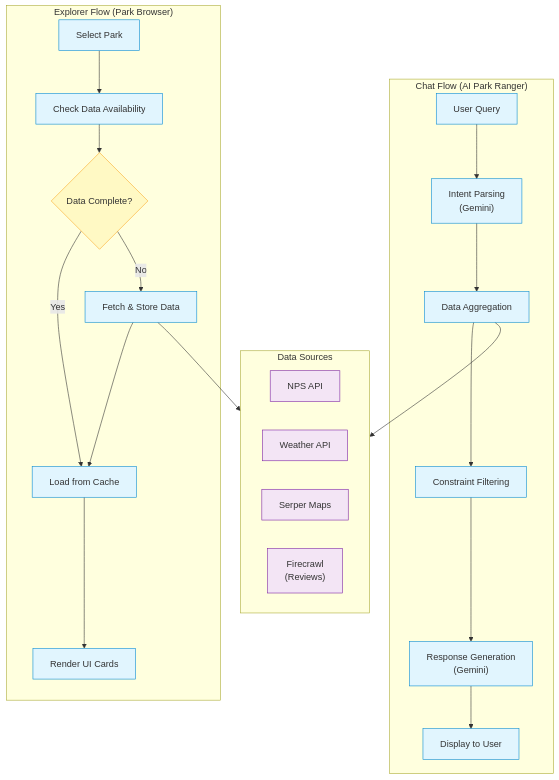
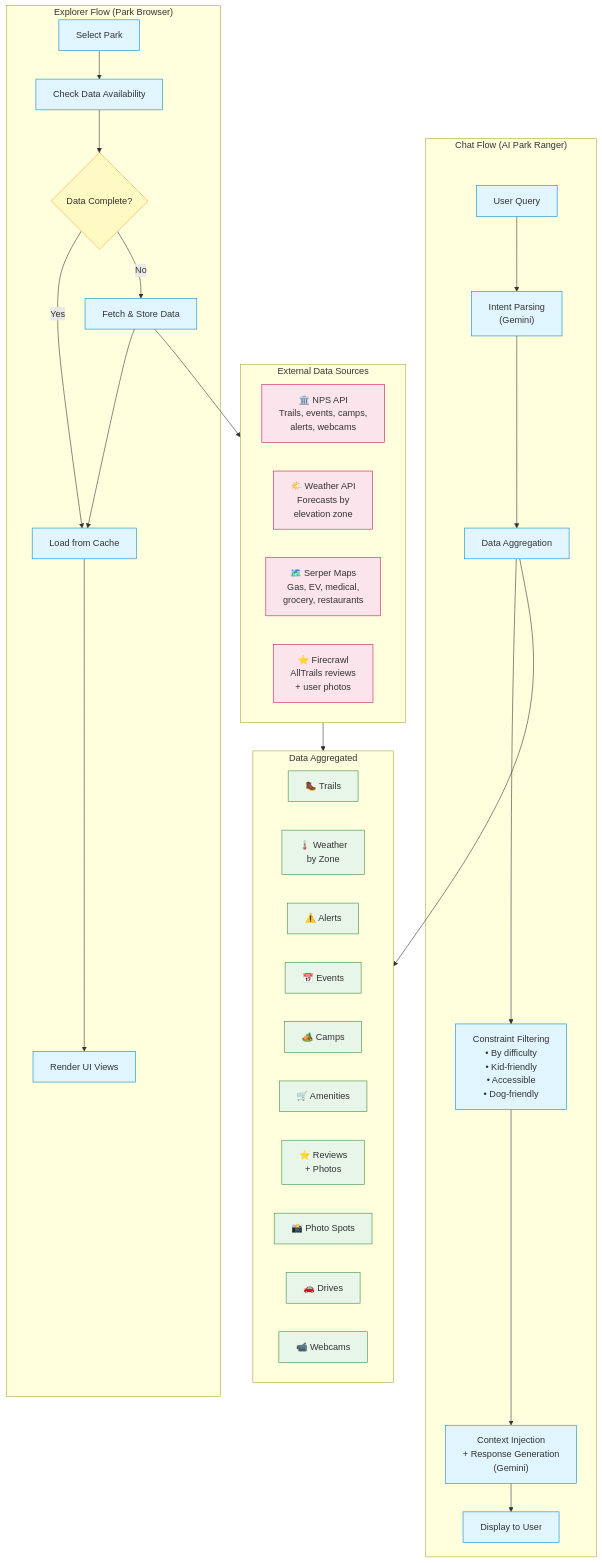
The sixth of 6 diagrams in notes/architecture_diagrams.md (mohitagr18/outdoor_concierge), drawn with Mermaid before and after one commit. The commit also changed other lines of this file, not shown here.

Commit message:
updared architecture

````diff
--- a/notes/architecture_diagrams.md
+++ b/notes/architecture_diagrams.md
@@ -329,37 +435,54 @@
 ```mermaid
 flowchart TB
     subgraph CHAT_FLOW["Chat Flow (AI Park Ranger)"]
         C1["User Query"] --> C2["Intent Parsing<br/>(Gemini)"]
         C2 --> C3["Data Aggregation"]
-        C3 --> C4["Constraint Filtering"]
-        C4 --> C5["Response Generation<br/>(Gemini)"]
+        C3 --> C4["Constraint Filtering<br/>• By difficulty<br/>• Kid-friendly<br/>• Accessible<br/>• Dog-friendly"]
+        C4 --> C5["Context Injection<br/>+ Response Generation<br/>(Gemini)"]
         C5 --> C6["Display to User"]
     end
     
     subgraph EXPLORER_FLOW["Explorer Flow (Park Browser)"]
         E1["Select Park"] --> E2["Check Data Availability"]
         E2 --> E3{"Data Complete?"}
         E3 -->|Yes| E4["Load from Cache"]
         E3 -->|No| E5["Fetch & Store Data"]
         E5 --> E4
-        E4 --> E6["Render UI Cards"]
+        E4 --> E6["Render UI Views"]
     end
     
-    subgraph DATA_SOURCES["Data Sources"]
-        DS1["NPS API"]
-        DS2["Weather API"]
-        DS3["Serper Maps"]
-        DS4["Firecrawl<br/>(Reviews)"]
+    subgraph DATA_AGG["Data Aggregated"]
+        direction LR
+        DA1["🥾 Trails"]
+        DA2["🌡️ Weather<br/>by Zone"]
+        DA3["⚠️ Alerts"]
+        DA4["📅 Events"]
+        DA5["🏕️ Camps"]
+        DA6["🛒 Amenities"]
+        DA7["⭐ Reviews<br/>+ Photos"]
+        DA8["📸 Photo Spots"]
+        DA9["🚗 Drives"]
+        DA10["📹 Webcams"]
     end
     
-    C3 --> DATA_SOURCES
+    subgraph DATA_SOURCES["External Data Sources"]
+        DS1["🏛️ NPS API<br/>Trails, events, camps,<br/>alerts, webcams"]
+        DS2["🌤️ Weather API<br/>Forecasts by<br/>elevation zone"]
+        DS3["🗺️ Serper Maps<br/>Gas, EV, medical,<br/>grocery, restaurants"]
+        DS4["⭐ Firecrawl<br/>AllTrails reviews<br/>+ user photos"]
+    end
+    
+    C3 --> DATA_AGG
     E5 --> DATA_SOURCES
+    DATA_SOURCES --> DATA_AGG
     
     classDef flowStep fill:#e1f5fe,stroke:#0288d1
     classDef decision fill:#fff9c4,stroke:#f9a825
-    classDef source fill:#f3e5f5,stroke:#7b1fa2
+    classDef source fill:#fce4ec,stroke:#c2185b
+    classDef dataAgg fill:#e8f5e9,stroke:#388e3c
     
     class C1,C2,C3,C4,C5,C6,E1,E2,E4,E5,E6 flowStep
     class E3 decision
     class DS1,DS2,DS3,DS4 source
+    class DA1,DA2,DA3,DA4,DA5,DA6,DA7,DA8,DA9,DA10 dataAgg
 ```
````
